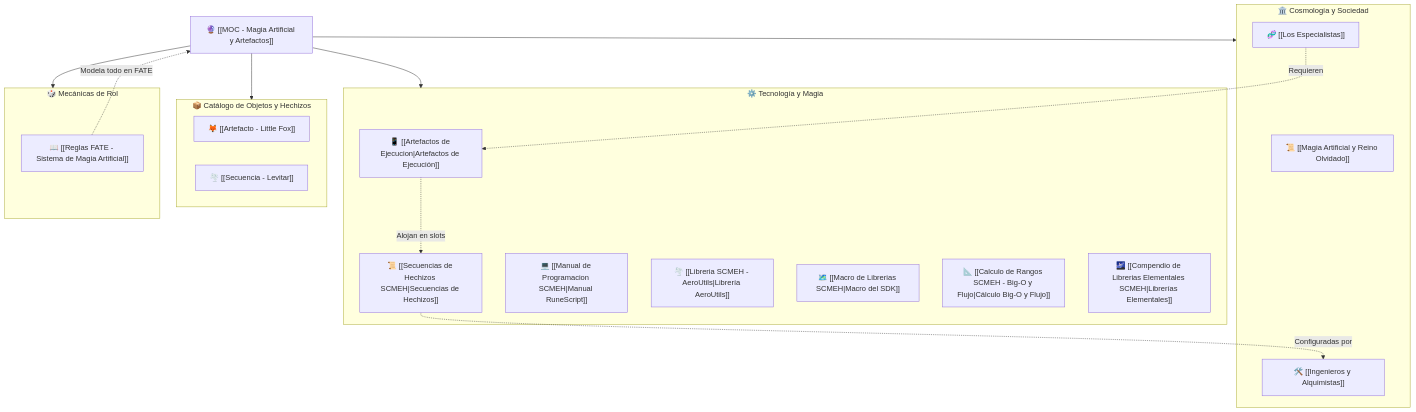
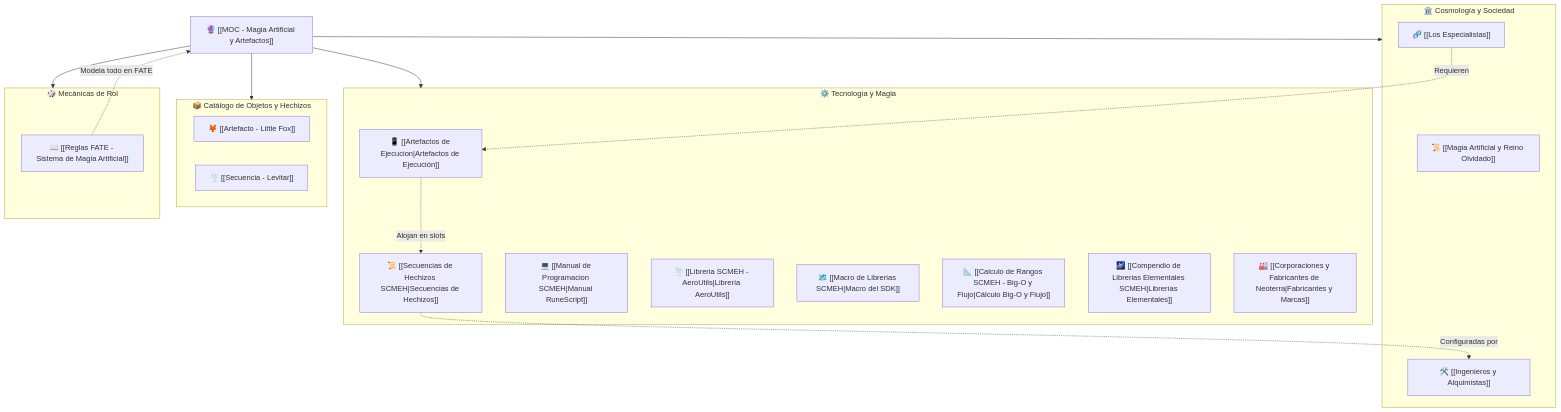
One commit to Gimsper/NeoterraVault changed the diagram in Magia_Artificial_FATE/00_MOCs/MOC - Magia Artificial y Artefactos.md. Above: the diagram before and after it, drawn with Mermaid. The commit also changed other lines of this file and 4 other files, not shown here.

````diff
--- a/Magia_Artificial_FATE/00_MOCs/MOC - Magia Artificial y Artefactos.md
+++ b/Magia_Artificial_FATE/00_MOCs/MOC - Magia Artificial y Artefactos.md
@@ -27,39 +27,40 @@
 ```mermaid
 flowchart TD
     MOC["🔮 [[MOC - Magia Artificial y Artefactos]]"]
     
     subgraph LoreYCosmologia ["🏛️ Cosmología y Sociedad"]
         L1["📜 [[Magia Artificial y Reino Olvidado]]"]
         L2["🧬 [[Los Especialistas]]"]
         L3["🛠️ [[Ingenieros y Alquimistas]]"]
     end
 
     subgraph TecnologiaYMagia ["⚙️ Tecnología y Magia"]
         T1["📱 [[Artefactos de Ejecucion|Artefactos de Ejecución]]"]
         T2["📜 [[Secuencias de Hechizos SCMEH|Secuencias de Hechizos]]"]
         T3["💻 [[Manual de Programacion SCMEH|Manual RuneScript]]"]
         T4["🌪️ [[Libreria SCMEH - AeroUtils|Librería AeroUtils]]"]
         T5["🗺️ [[Macro de Librerias SCMEH|Macro del SDK]]"]
         T6["📐 [[Calculo de Rangos SCMEH - Big-O y Flujo|Cálculo Big-O y Flujo]]"]
         T7["🌌 [[Compendio de Librerias Elementales SCMEH|Librerías Elementales]]"]
+        T8["🏭 [[Corporaciones y Fabricantes de Neoterra|Fabricantes y Marcas]]"]
     end
 
     subgraph Catalogo ["📦 Catálogo de Objetos y Hechizos"]
         O1["🦊 [[Artefacto - Little Fox]]"]
         O2["🌪️ [[Secuencia - Levitar]]"]
     end
 
     subgraph SistemaJuego ["🎲 Mecánicas de Rol"]
         R1["📖 [[Reglas FATE - Sistema de Magia Artificial]]"]
     end
 
     MOC --> LoreYCosmologia
     MOC --> TecnologiaYMagia
     MOC --> Catalogo
     MOC --> SistemaJuego
     
     L2 -.->|Requieren| T1
     T1 -.->|Alojan en slots| T2
     T2 -.->|Configuradas por| L3
     R1 -.->|Modela todo en FATE| MOC
 ```
````
